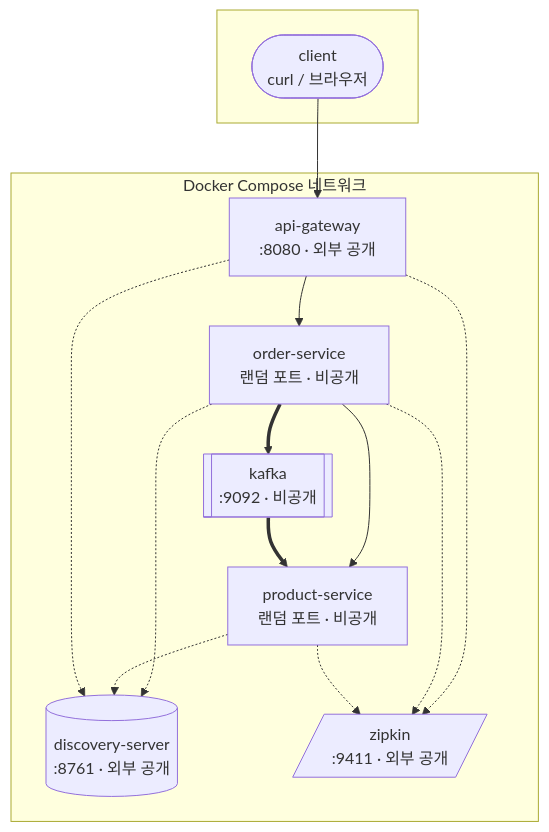
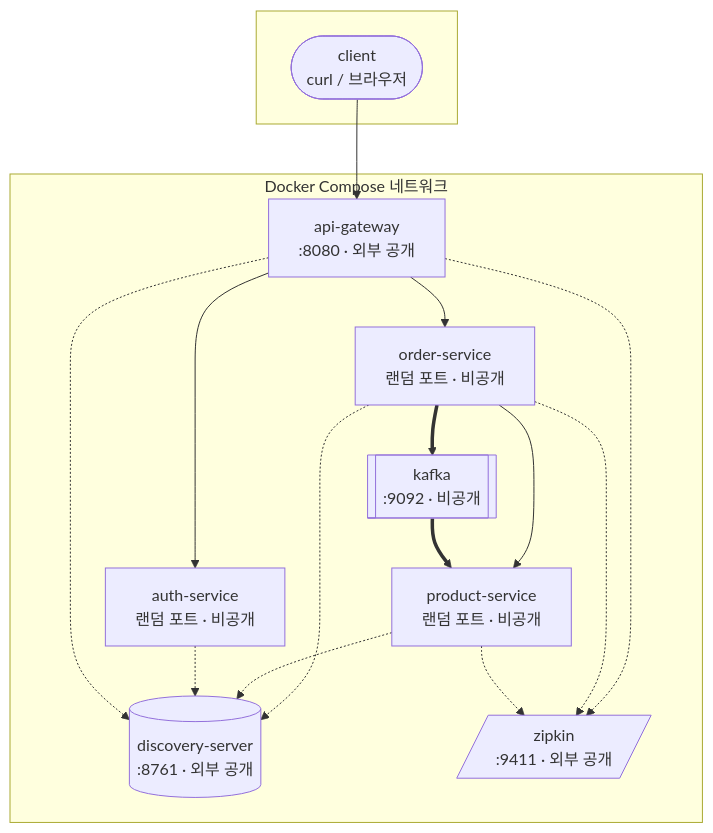
One commit to Jin-dev92/springboot-simple-msa changed the first of 16 diagrams in docs/msa-learning-note.md. Above: the diagram before and after it, drawn with Mermaid. The commit also changed other lines of this file and 27 other files, not shown here.

````diff
--- a/docs/msa-learning-note.md
+++ b/docs/msa-learning-note.md
@@ -44,28 +45,31 @@
 ```mermaid
 flowchart TB
     subgraph outside [" "]
         client(["client<br/>curl / 브라우저"])
     end
 
     subgraph net ["Docker Compose 네트워크"]
         gateway["api-gateway<br/>:8080 · 외부 공개"]
+        auth["auth-service<br/>랜덤 포트 · 비공개"]
         order["order-service<br/>랜덤 포트 · 비공개"]
         product["product-service<br/>랜덤 포트 · 비공개"]
         eureka[("discovery-server<br/>:8761 · 외부 공개")]
         kafka[["kafka<br/>:9092 · 비공개"]]
         zipkin[/"zipkin<br/>:9411 · 외부 공개"/]
     end
 
     client --> gateway
+    gateway --> auth
     gateway --> order
     order --> product
     order ==> kafka ==> product
 
     order -.-> eureka
     product -.-> eureka
+    auth -.-> eureka
     gateway -.-> eureka
 
     gateway -.-> zipkin
     order -.-> zipkin
     product -.-> zipkin
 ```
````
